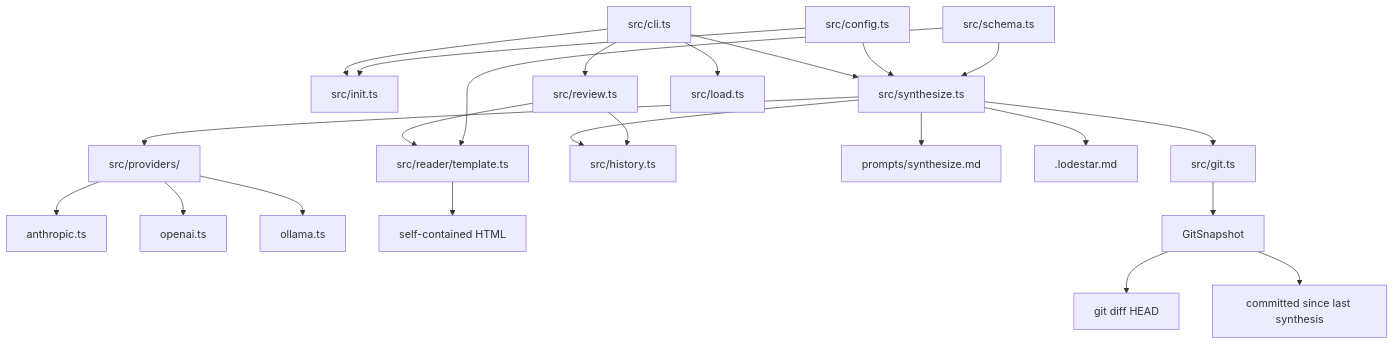
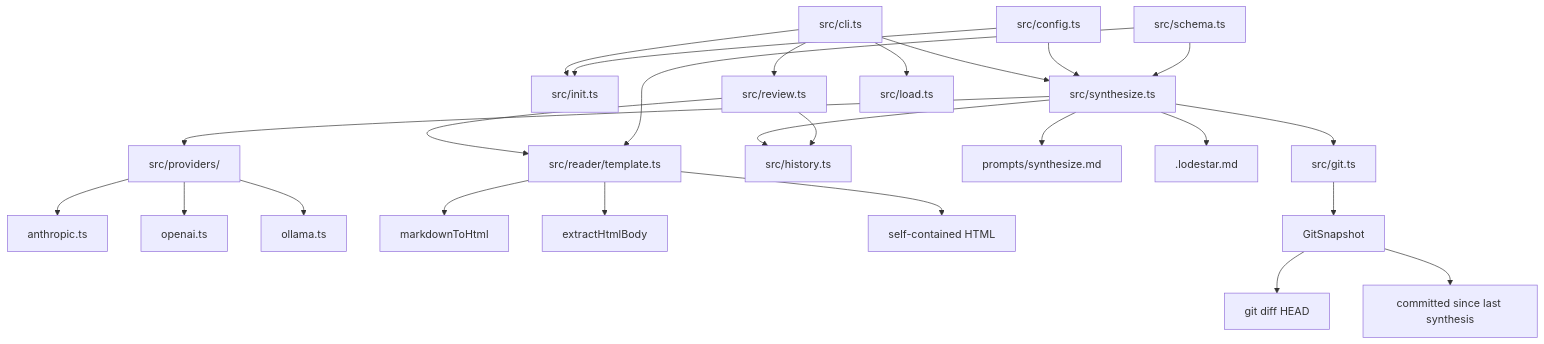
One commit to Kgard/LodeStar changed the first of 3 diagrams in .lodestar.md. Above: the diagram before and after it, drawn with Mermaid. The commit also changed other lines of this file and 3 other files, not shown here.

````diff
--- a/.lodestar.md
+++ b/.lodestar.md
@@ -40,25 +40,27 @@
 ```mermaid
 graph TD
     CLI[src/cli.ts] --> INIT[src/init.ts]
     CLI --> SYNTH[src/synthesize.ts]
     CLI --> REVIEW[src/review.ts]
     CLI --> LOAD[src/load.ts]
     SYNTH --> GIT[src/git.ts]
     SYNTH --> PROVIDERS[src/providers/]
     SYNTH --> HISTORY[src/history.ts]
     PROVIDERS --> ANTHROPIC[anthropic.ts]
     PROVIDERS --> OPENAI[openai.ts]
     PROVIDERS --> OLLAMA[ollama.ts]
     SYNTH --> PROMPT[prompts/synthesize.md]
     SYNTH --> LODESTAR[.lodestar.md]
     REVIEW --> TEMPLATE[src/reader/template.ts]
     REVIEW --> HISTORY
+    TEMPLATE --> MARKDOWN[markdownToHtml]
+    TEMPLATE --> EXTRACT[extractHtmlBody]
     TEMPLATE --> HTML[self-contained HTML]
     GIT --> SNAPSHOT[GitSnapshot]
     SNAPSHOT --> UNCOMMITTED[git diff HEAD]
     SNAPSHOT --> COMMITTED[committed since last synthesis]
     CONFIG[src/config.ts] --> INIT
     CONFIG --> SYNTH
     SCHEMA[src/schema.ts] --> SYNTH
     SCHEMA --> TEMPLATE
 ```
````
